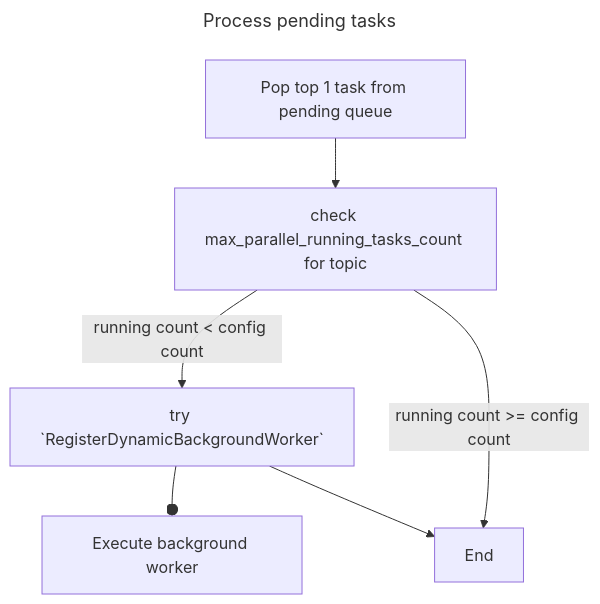
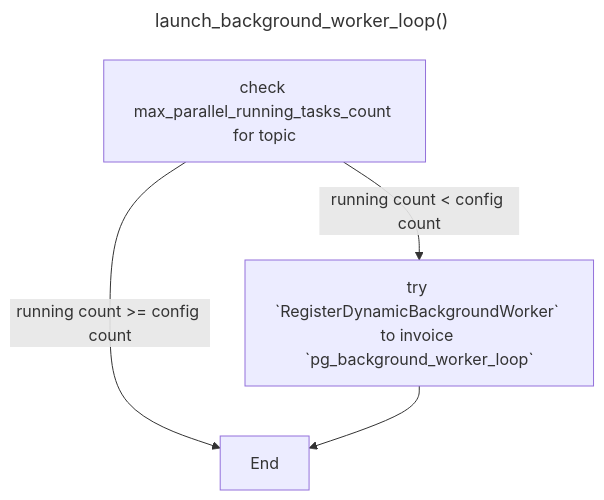
The second of 3 diagrams in AGENTS.md (hank-cp/pg_background_queue), drawn with Mermaid before and after one commit. The commit also changed other lines of this file and 1 other file, not shown here.

````diff
--- a/AGENTS.md
+++ b/AGENTS.md
@@ -89,11 +92,10 @@
 ```mermaid
 ---
-title: Process pending tasks
+title: launch_background_worker_loop()
 ---
 flowchart TB
-S1[Pop top 1 task from pending queue] --> S3[check max_parallel_running_tasks_count for topic] 
-S3 --running count < config count--> S2[try `RegisterDynamicBackgroundWorker`]
-S3 --running count >= config count--> ed[End]
-S2 --o W[Execute background worker]
+S1[check max_parallel_running_tasks_count for topic] 
+S1 --running count < config count--> S2[try `RegisterDynamicBackgroundWorker` to invoice `pg_background_worker_loop`]
+S1 --running count >= config count--> ed[End]
 S2 --> ed[End]
 ```
````
